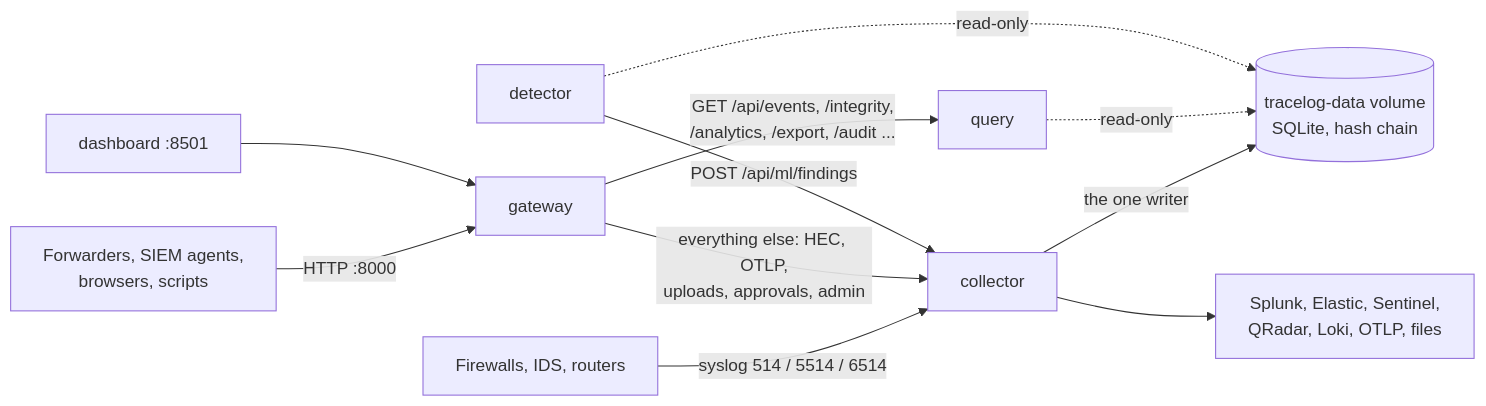
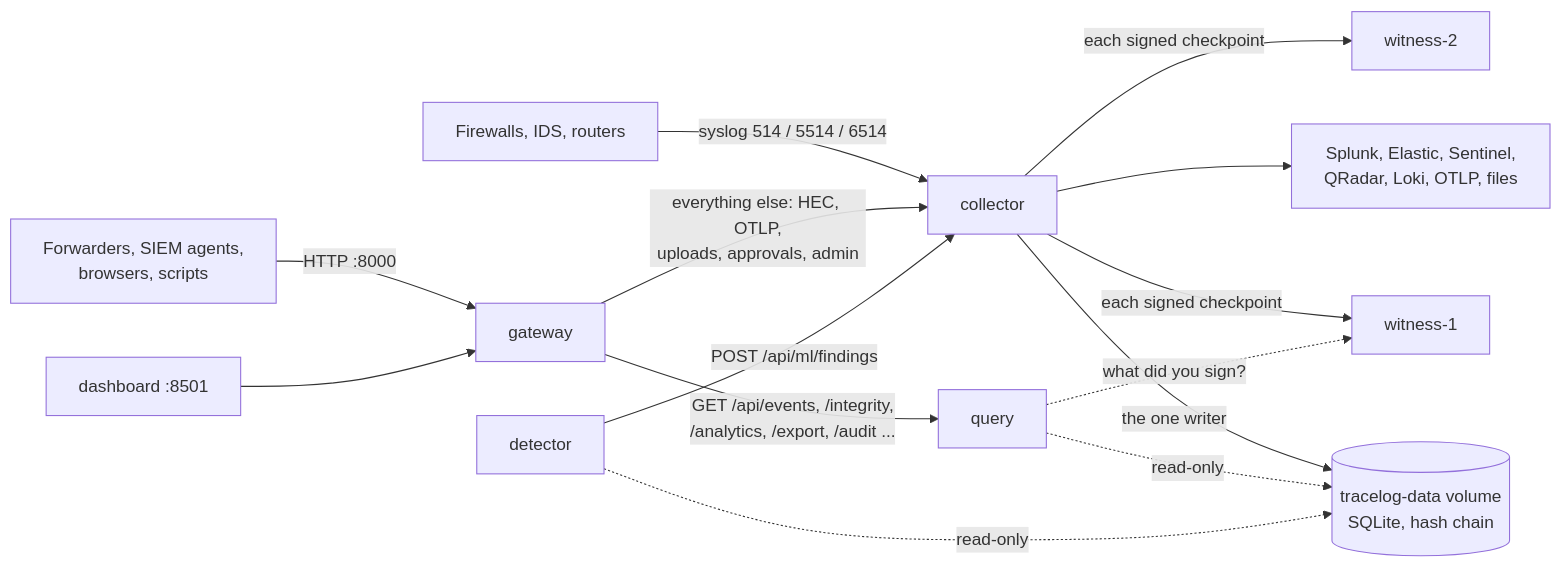
The diagram in docs/SERVICES.md (VengefulSpartan/ULPF), drawn with Mermaid before and after one commit. The commit also changed other lines of this file and 42 other files, not shown here.

````diff
--- a/docs/SERVICES.md
+++ b/docs/SERVICES.md
@@ -8,13 +8,16 @@
 ```mermaid
 flowchart LR
     dev["Firewalls, IDS, routers"] -- "syslog 514 / 5514 / 6514" --> collector
     fwd["Forwarders, SIEM agents,<br/>browsers, scripts"] -- "HTTP :8000" --> gateway
     dash["dashboard :8501"] --> gateway
     gateway -- "GET /api/events, /integrity,<br/>/analytics, /export, /audit ..." --> query
     gateway -- "everything else: HEC, OTLP,<br/>uploads, approvals, admin" --> collector
     detector -- "POST /api/ml/findings" --> collector
     collector -- "the one writer" --> db[("tracelog-data volume<br/>SQLite, hash chain")]
     query -. "read-only" .-> db
     detector -. "read-only" .-> db
     collector --> out["Splunk, Elastic, Sentinel,<br/>QRadar, Loki, OTLP, files"]
+    collector -- "each signed checkpoint" --> w1["witness-1"]
+    collector -- "each signed checkpoint" --> w2["witness-2"]
+    query -. "what did you sign?" .-> w1
 ```
````
